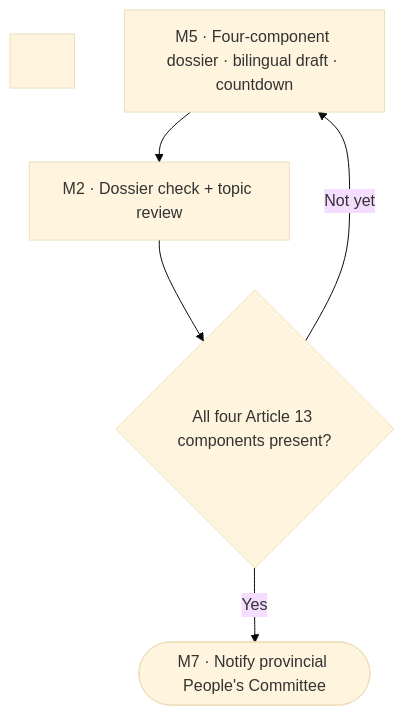
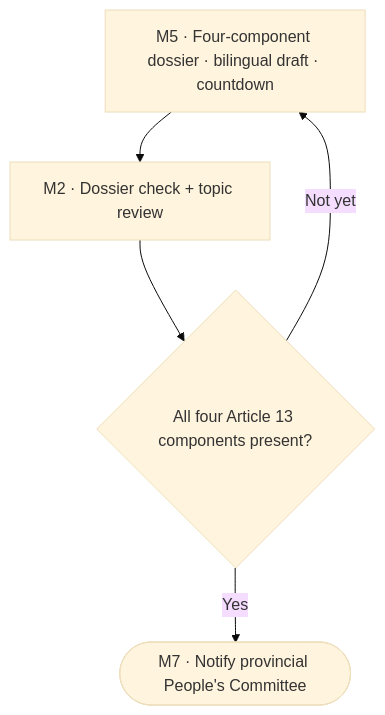
The second of 5 diagrams in docs/spec/spec-M2.md (namnt2005/CINEMATCH-DBIZ3.TeamC), drawn with Mermaid (base theme) before and after one commit. The commit also changed other lines of this file and 176 other files, not shown here.

````diff
--- a/docs/spec/spec-M2.md
+++ b/docs/spec/spec-M2.md
@@ -126,7 +128,7 @@
 ```mermaid
 flowchart TD
-&nbsp;&nbsp;&nbsp;&nbsp;DOS[M5 · Four-component dossier · bilingual draft · countdown] --> CHK[M2 · Dossier check + topic review]
-&nbsp;&nbsp;&nbsp;&nbsp;CHK --> Q4{All four Article 13 components present?}
-&nbsp;&nbsp;&nbsp;&nbsp;Q4 -- Not yet --> DOS
-&nbsp;&nbsp;&nbsp;&nbsp;Q4 -- Yes --> NOTI([M7 · Notify provincial People's Committee])
+    DOS[M5 · Four-component dossier · bilingual draft · countdown] --> CHK[M2 · Dossier check + topic review]
+    CHK --> Q4{All four Article 13 components present?}
+    Q4 -- Not yet --> DOS
+    Q4 -- Yes --> NOTI([M7 · Notify provincial People's Committee])
 ```
````
